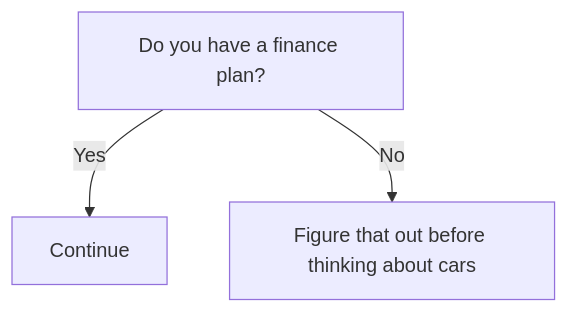
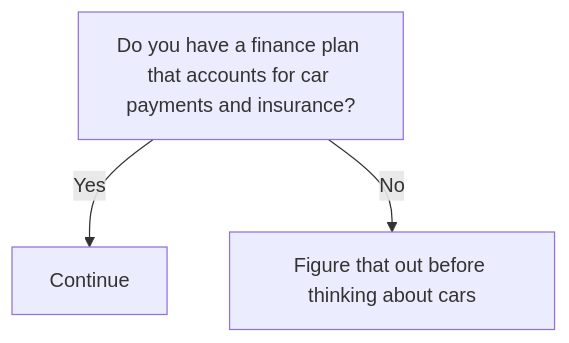
One commit to jessemillar/to-car-or-not-to-car changed the second of 7 diagrams in README.md. Above: the diagram before and after it, drawn with Mermaid.

Commit message:
Forcing a build

````diff
--- a/README.md
+++ b/README.md
@@ -41,6 +41,6 @@
 ```mermaid
 flowchart TB
-financePlan[Do you have a finance plan?]
+financePlan[Do you have a finance plan that accounts for car payments and insurance?]
     financePlan-->|Yes| Continue
     financePlan-->|No| noFinancePlan[Figure that out before thinking about cars]
 ```
````
